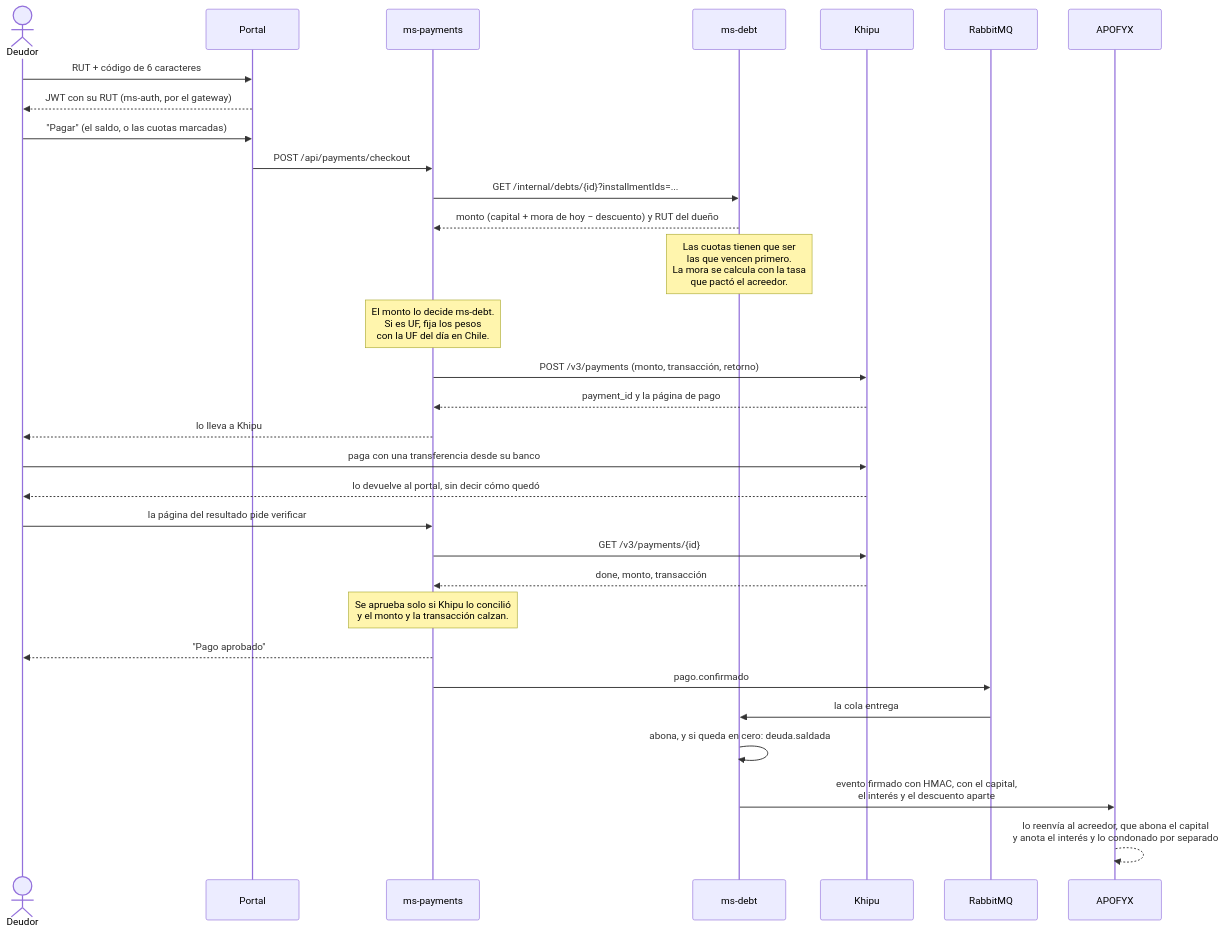
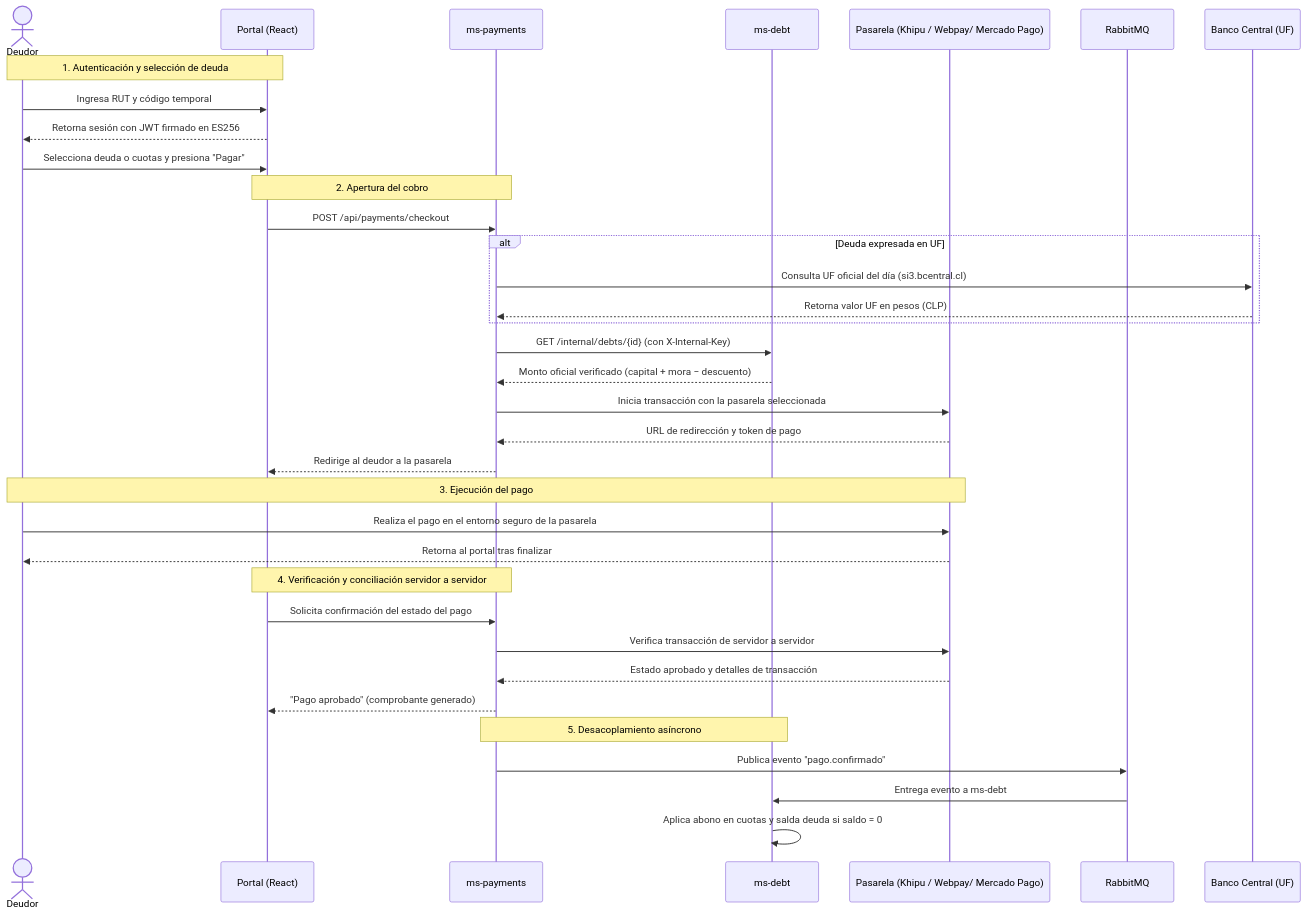
Before and after one commit to TechnicalBridge/DataBridge: the diagram in README.md, drawn with Mermaid. The commit also changed other lines of this file and 17 other files, not shown here.

````diff
--- a/README.md
+++ b/README.md
@@ -1339,37 +281,42 @@
 ```mermaid
 sequenceDiagram
     actor D as Deudor
-    participant P as Portal
+    participant P as Portal (React)
     participant Y as ms-payments
     participant M as ms-debt
-    participant K as Khipu
+    participant K as Pasarela (Khipu / Webpay/ Mercado Pago)
     participant R as RabbitMQ
-    participant X as APOFYX
+    participant B as Banco Central (UF)
 
-    D->>P: RUT + código de 6 caracteres
-    P-->>D: JWT con su RUT (ms-auth, por el gateway)
+    Note over D,P: 1. Autenticación y selección de deuda
+    D->>P: Ingresa RUT y código temporal
+    P-->>D: Retorna sesión con JWT firmado en ES256
+    D->>P: Selecciona deuda o cuotas y presiona "Pagar"
 
-    D->>P: "Pagar" (el saldo, o las cuotas marcadas)
+    Note over P,Y: 2. Apertura del cobro
     P->>Y: POST /api/payments/checkout
-    Y->>M: GET /internal/debts/{id}?installmentIds=...
-    M-->>Y: monto (capital + mora de hoy − descuento) y RUT del dueño
-    Note over M: Las cuotas tienen que ser<br/>las que vencen primero.<br/>La mora se calcula con la tasa<br/>que pactó el acreedor.
-    Note over Y: El monto lo decide ms-debt.<br/>Si es UF, fija los pesos<br/>con la UF del día en Chile.
-    Y->>K: POST /v3/payments (monto, transacción, retorno)
-    K-->>Y: payment_id y la página de pago
-    Y-->>D: lo lleva a Khipu
+    alt Deuda expresada en UF
+        Y->>B: Consulta UF oficial del día (si3.bcentral.cl)
+        B-->>Y: Retorna valor UF en pesos (CLP)
+    end
+    Y->>M: GET /internal/debts/{id} (con X-Internal-Key)
+    M-->>Y: Monto oficial verificado (capital + mora − descuento)
+    Y->>K: Inicia transacción con la pasarela seleccionada
+    K-->>Y: URL de redirección y token de pago
+    Y-->>P: Redirige al deudor a la pasarela
 
-    D->>K: paga con una transferencia desde su banco
-    K-->>D: lo devuelve al portal, sin decir cómo quedó
-    D->>Y: la página del resultado pide verificar
-    Y->>K: GET /v3/payments/{id}
-    K-->>Y: done, monto, transacción
-    Note over Y: Se aprueba solo si Khipu lo concilió<br/>y el monto y la transacción calzan.
-    Y-->>D: "Pago aprobado"
+    Note over D,K: 3. Ejecución del pago
+    D->>K: Realiza el pago en el entorno seguro de la pasarela
+    K-->>D: Retorna al portal tras finalizar
 
-    Y->>R: pago.confirmado
-    R->>M: la cola entrega
-    M->>M: abona, y si queda en cero: deuda.saldada
-    M->>X: evento firmado con HMAC, con el capital,<br/>el interés y el descuento aparte
-    X-->>X: lo reenvía al acreedor, que abona el capital<br/>y anota el interés y lo condonado por separado
+    Note over P,Y: 4. Verificación y conciliación servidor a servidor
+    P->>Y: Solicita confirmación del estado del pago
+    Y->>K: Verifica transacción de servidor a servidor
+    K-->>Y: Estado aprobado y detalles de transacción
+    Y-->>P: "Pago aprobado" (comprobante generado)
+
+    Note over Y,M: 5. Desacoplamiento asíncrono
+    Y->>R: Publica evento "pago.confirmado"
+    R->>M: Entrega evento a ms-debt
+    M->>M: Aplica abono en cuotas y salda deuda si saldo = 0
 ```
````
